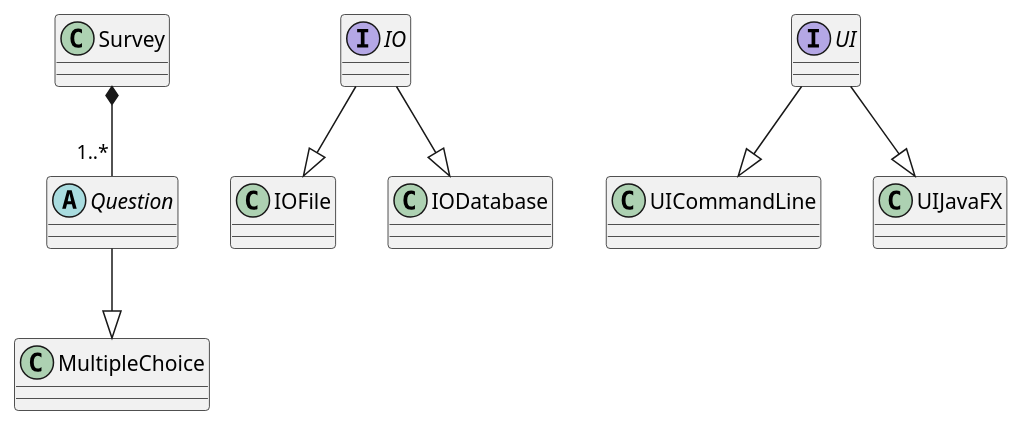
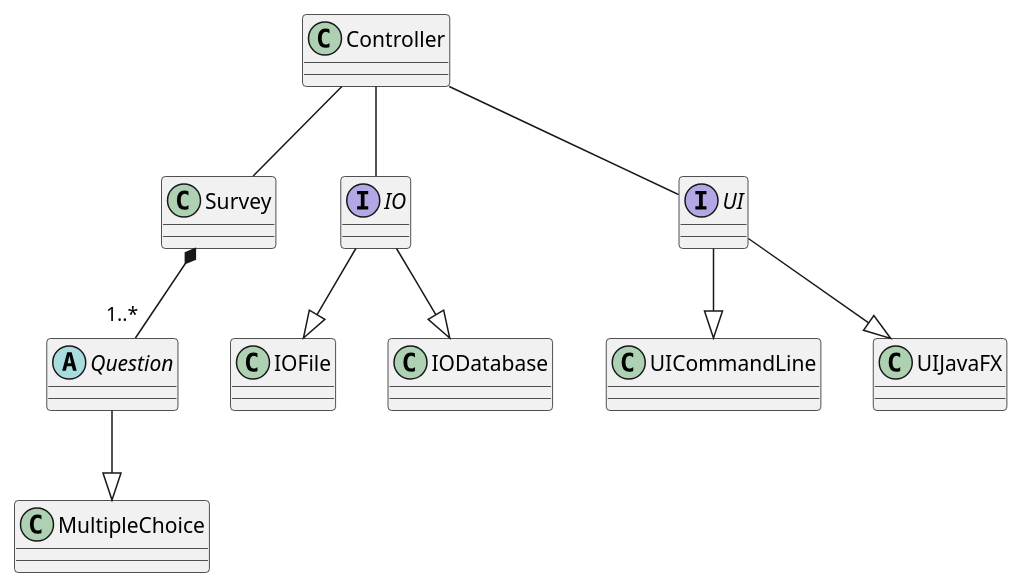
Before and after one commit to DeRp-DaWg/SP4: the diagram in doc/Domain Model.puml, drawn with PlantUML.

Commit message:
Documentation

```diff
--- a/doc/Domain Model.puml
+++ b/doc/Domain Model.puml
@@ -1,42 +1,50 @@
 @startuml
 'https://plantuml.com/class-diagram
 
 abstract class Question {
 }
 
 class MultipleChoice {
 }
 
 'class CheckboxChoice {'
 '}'
 
 Question --|> MultipleChoice
 'Question --|> CheckboxChoice'
 
 class Survey {
 }
 
 Survey *--"1..*" Question
 
 interface IO {
 }
 
 class IOFile {
 }
 
 class IODatabase {
 }
 
 IO --|> IOFile
 IO --|> IODatabase
 
 interface UI {
 }
 
 class UICommandLine {
 }
 
 UI --|> UICommandLine
 UI --|> UIJavaFX
 
+class Controller {
+}
+
+Controller -- Survey
+Controller -- IO
+Controller -- UI
+
+
 @enduml
```
